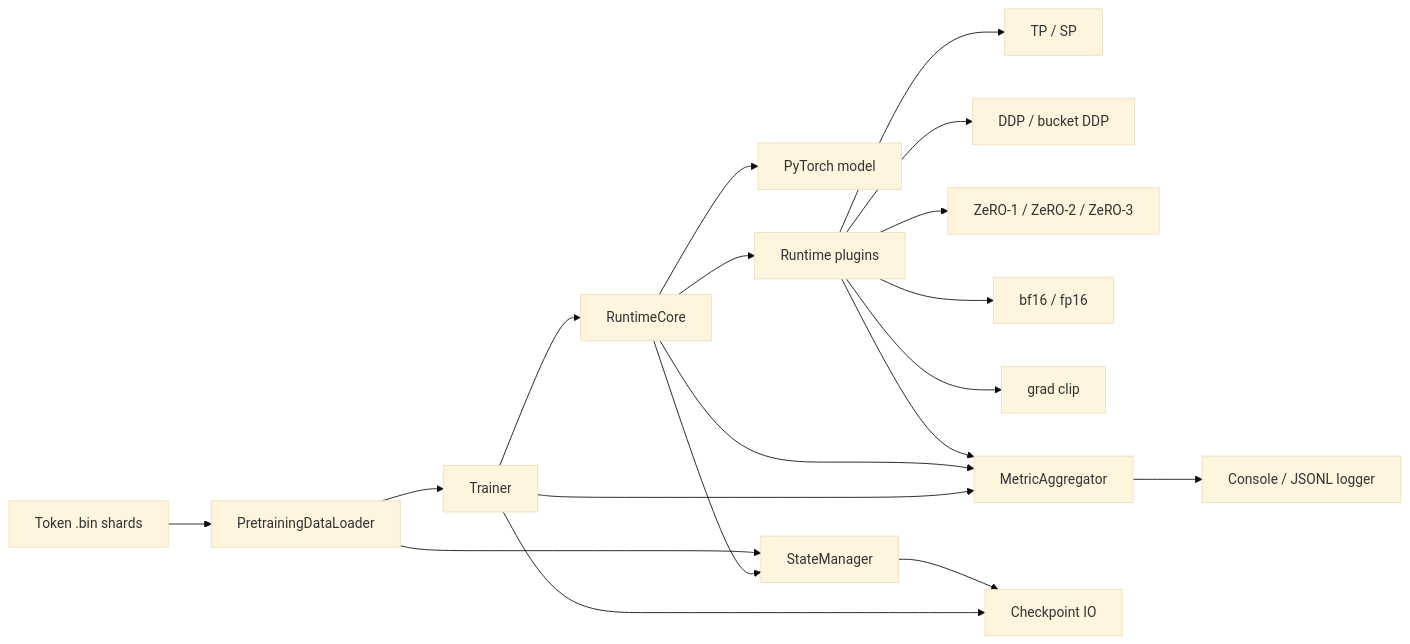
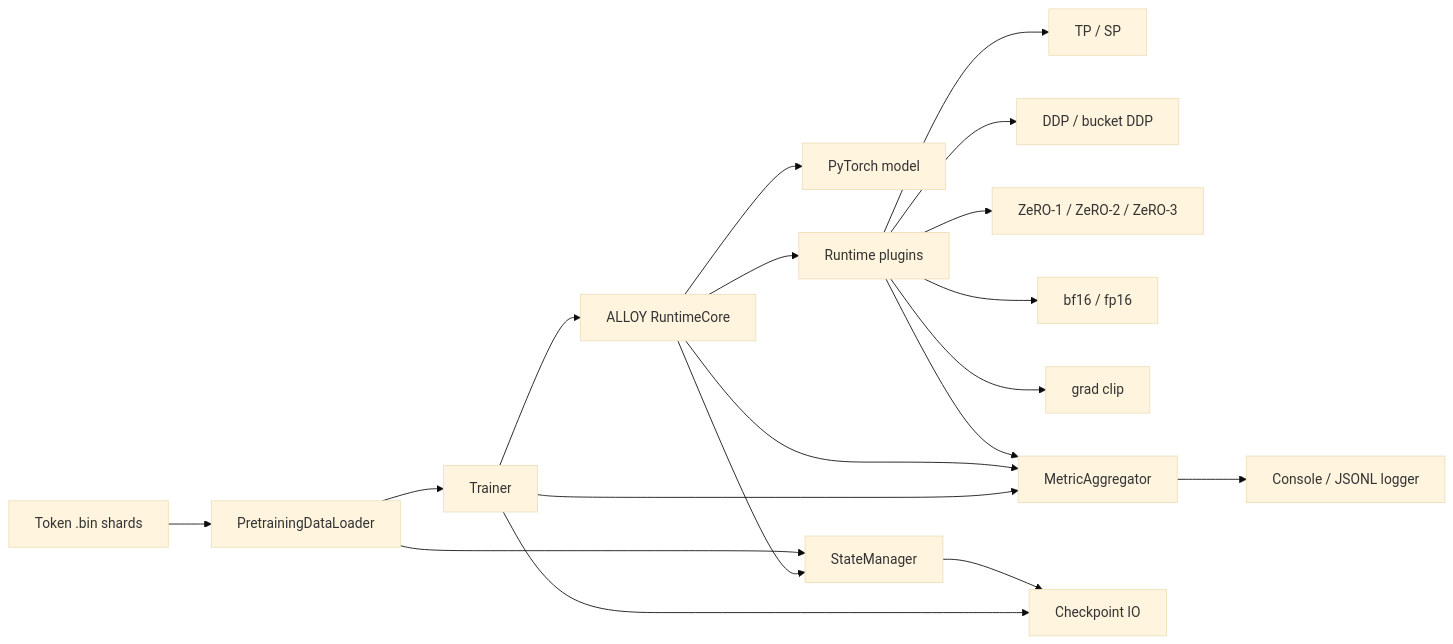
The first of 2 diagrams in README.md (xing7code/maltos), drawn with Mermaid (base theme) before and after one commit. The commit also changed other lines of this file and 35 other files, not shown here.

````diff
--- a/README.md
+++ b/README.md
@@ -50,25 +65,25 @@
 ```mermaid
 flowchart LR
     shards["Token .bin shards"] --> loader["PretrainingDataLoader"]
     loader --> trainer["Trainer"]
 
-    trainer --> runtime["RuntimeCore"]
+    trainer --> runtime["ALLOY RuntimeCore"]
     runtime --> model["PyTorch model"]
     runtime --> plugins["Runtime plugins"]
     runtime --> state["StateManager"]
 
     plugins --> tp["TP / SP"]
     plugins --> dp["DDP / bucket DDP"]
     plugins --> zero["ZeRO-1 / ZeRO-2 / ZeRO-3"]
     plugins --> precision["bf16 / fp16"]
     plugins --> clip["grad clip"]
 
     trainer --> metrics["MetricAggregator"]
     runtime --> metrics
     plugins --> metrics
     metrics --> logger["Console / JSONL logger"]
 
     trainer --> ckpt["Checkpoint IO"]
     state --> ckpt
     loader --> state
 ```
````
